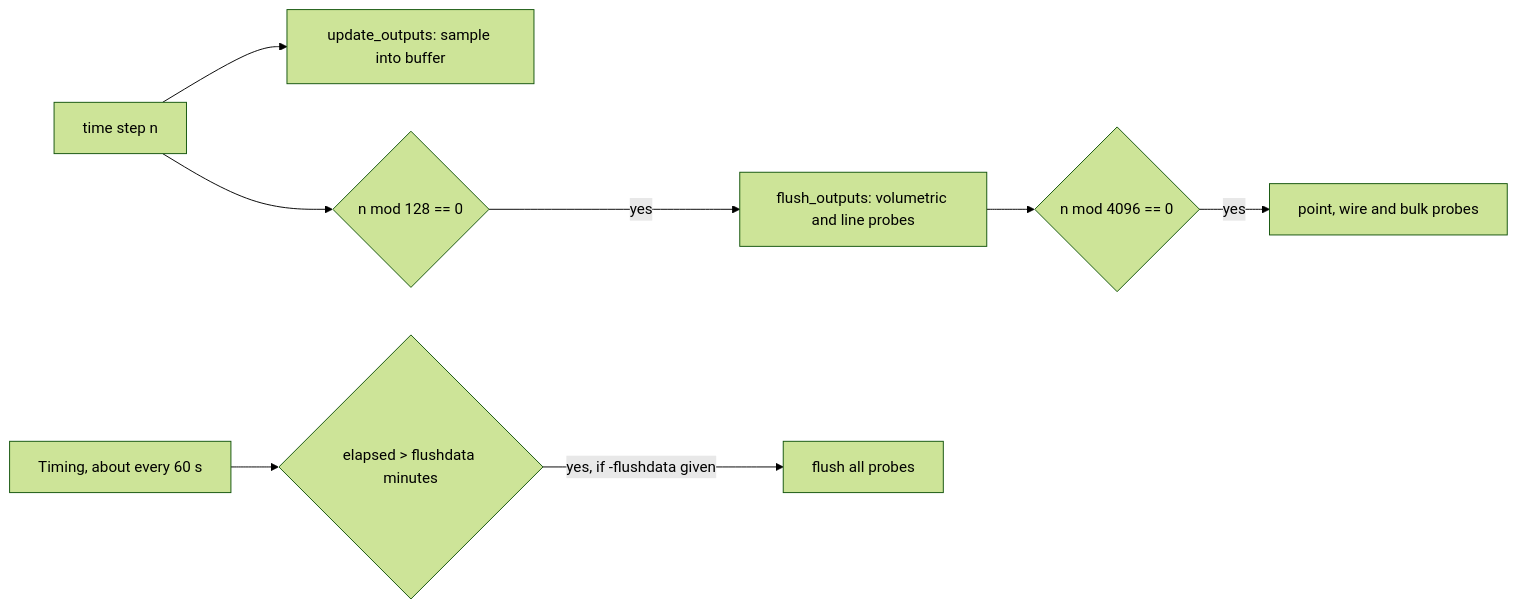
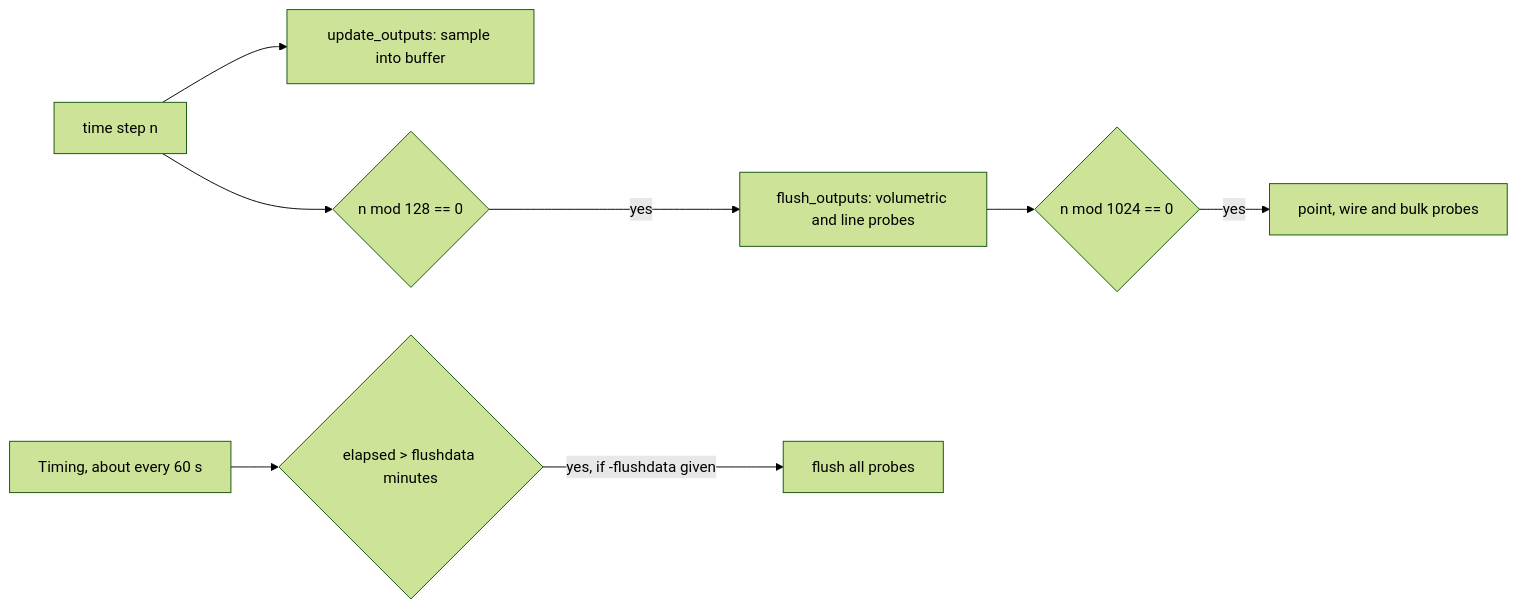
The first of 2 diagrams in doc/init_timing.md (OpenSEMBA/fdtd), drawn with Mermaid (forest theme) before and after one commit. The commit also changed other lines of this file and 3 other files, not shown here.

````diff
--- a/doc/init_timing.md
+++ b/doc/init_timing.md
@@ -54,10 +54,10 @@
 ```mermaid
 flowchart LR
   S[time step n] --> U[update_outputs: sample into buffer]
   S --> M{n mod 128 == 0}
   M -->|yes| F[flush_outputs: volumetric and line probes]
-  F --> SP{n mod 4096 == 0}
+  F --> SP{n mod 1024 == 0}
   SP -->|yes| PP[point, wire and bulk probes]
   T[Timing, about every 60 s] --> D{elapsed > flushdata minutes}
   D -->|yes, if -flushdata given| ALL[flush all probes]
 ```
````
